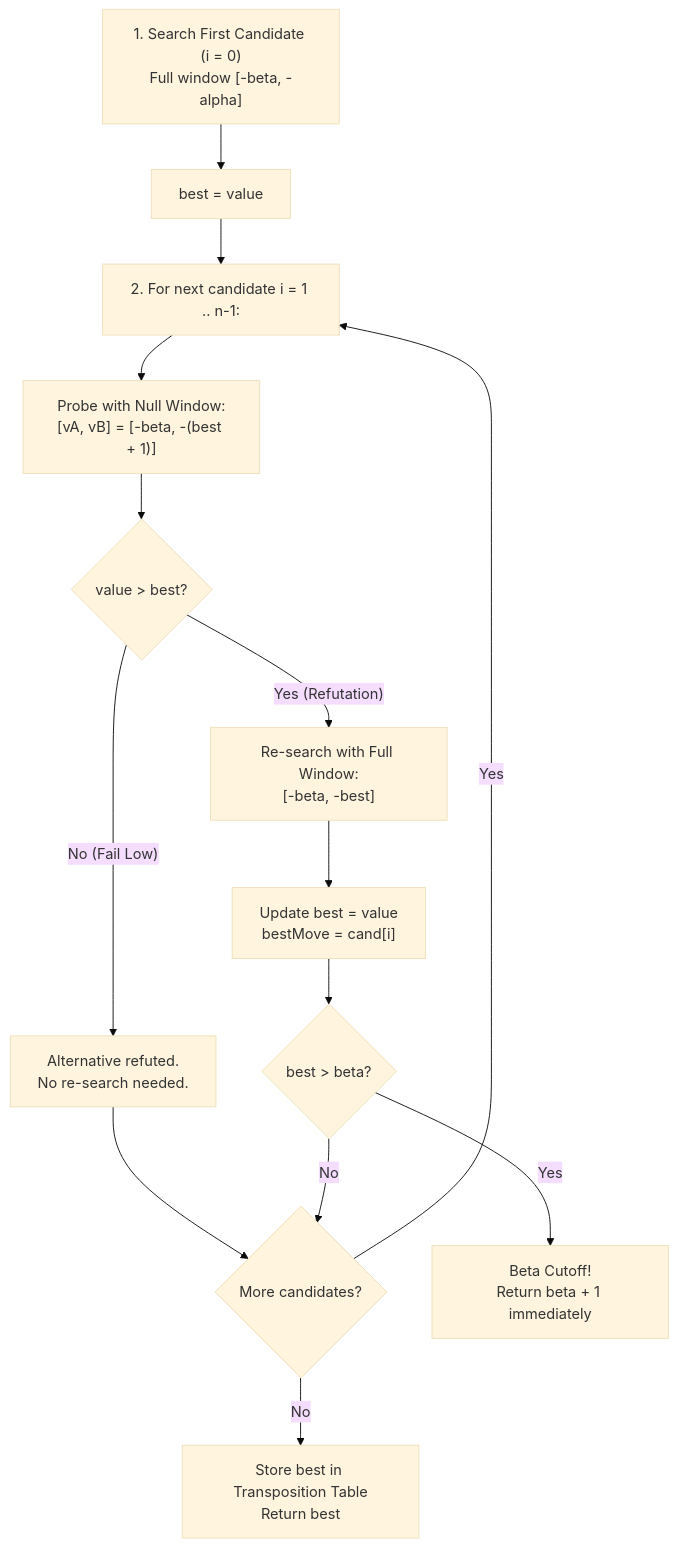
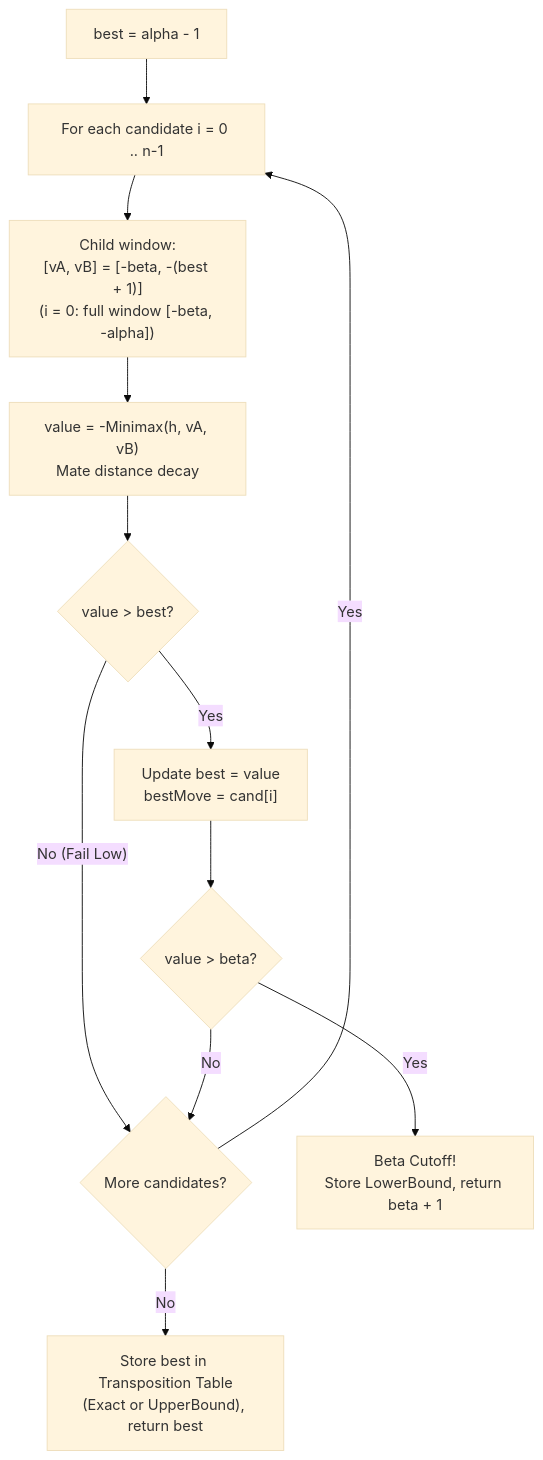
Before and after one commit to cjp-dev/Gomoku: the first of 3 diagrams in docs/brain/08-midgame-search.md, drawn with Mermaid (base theme). The commit also changed other lines of this file and 26 other files, not shown here.

````diff
--- a/docs/brain/08-midgame-search.md
+++ b/docs/brain/08-midgame-search.md
@@ -80,16 +80,14 @@
 ```mermaid
 flowchart TD
-    FirstMove["1. Search First Candidate (i = 0)<br/>Full window [-beta, -alpha]"] --> BestScore["best = value"]
-    BestScore --> LoopNext["2. For next candidate i = 1 .. n-1:"]
-    LoopNext --> NullWindow["Probe with Null Window:<br/>[vA, vB] = [-beta, -(best + 1)]"]
-    NullWindow --> DidBeat{"value &gt; best?"}
-    DidBeat -- "No (Fail Low)" --> Pruned["Alternative refuted.<br/>No re-search needed."]
-    DidBeat -- "Yes (Refutation)" --> FullReSearch["Re-search with Full Window:<br/>[-beta, -best]"]
-    FullReSearch --> UpdateBest["Update best = value<br/>bestMove = cand[i]"]
-    Pruned --> HasMore{"More candidates?"}
-    UpdateBest --> CutoffCheck{"best &gt; beta?"}
-    CutoffCheck -- "Yes" --> BetaCutoff["Beta Cutoff!<br/>Return beta + 1 immediately"]
+    Init["best = alpha - 1"] --> LoopNext["For each candidate i = 0 .. n-1"]
+    LoopNext --> Window["Child window:<br/>[vA, vB] = [-beta, -(best + 1)]<br/>(i = 0: full window [-beta, -alpha])"]
+    Window --> Search["value = -Minimax(h, vA, vB)<br/>Mate distance decay"]
+    Search --> DidBeat{"value &gt; best?"}
+    DidBeat -- "No (Fail Low)" --> HasMore{"More candidates?"}
+    DidBeat -- "Yes" --> UpdateBest["Update best = value<br/>bestMove = cand[i]"]
+    UpdateBest --> CutoffCheck{"value &gt; beta?"}
+    CutoffCheck -- "Yes" --> BetaCutoff["Beta Cutoff!<br/>Store LowerBound, return beta + 1"]
     CutoffCheck -- "No" --> HasMore
     HasMore -- "Yes" --> LoopNext
-    HasMore -- "No" --> StoreTT["Store best in Transposition Table<br/>Return best"]
+    HasMore -- "No" --> StoreTT["Store best in Transposition Table<br/>(Exact or UpperBound), return best"]
 ```
````
